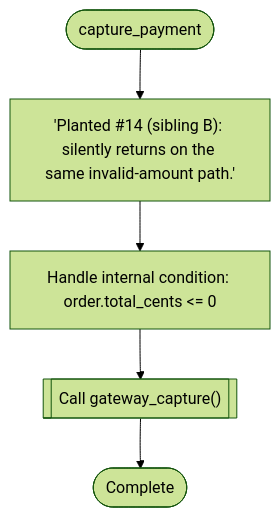
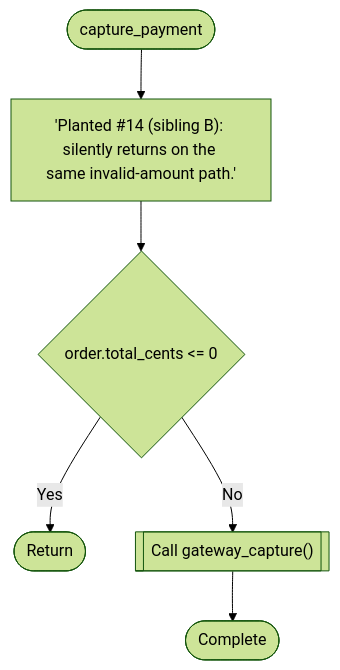
Before and after one commit to ferdinandobons/CodeDebrief: diagram 19 of 32 in logicchart-out/logic-flow.md, drawn with Mermaid (forest theme). The commit also changed other lines of this file and 17 other files, not shown here.

````diff
--- a/logicchart-out/logic-flow.md
+++ b/logicchart-out/logic-flow.md
@@ -396,12 +407,14 @@
 ```mermaid
 flowchart TD
   mflow_3b15514408bbb3ee_n1(["capture_payment"])
   mflow_3b15514408bbb3ee_n2["'Planted #14 (sibling B): silently returns on the same invalid-amount path.'"]
-  mflow_3b15514408bbb3ee_n3["Handle internal condition: order.total_cents <= 0"]
-  mflow_3b15514408bbb3ee_n4[["Call gateway_capture()"]]
-  mflow_3b15514408bbb3ee_n5(["Complete"])
+  mflow_3b15514408bbb3ee_n3{"order.total_cents <= 0"}
+  mflow_3b15514408bbb3ee_n4(["Return"])
+  mflow_3b15514408bbb3ee_n5[["Call gateway_capture()"]]
+  mflow_3b15514408bbb3ee_n6(["Complete"])
   mflow_3b15514408bbb3ee_n1 --> mflow_3b15514408bbb3ee_n2
   mflow_3b15514408bbb3ee_n2 --> mflow_3b15514408bbb3ee_n3
-  mflow_3b15514408bbb3ee_n3 --> mflow_3b15514408bbb3ee_n4
-  mflow_3b15514408bbb3ee_n4 --> mflow_3b15514408bbb3ee_n5
+  mflow_3b15514408bbb3ee_n3 -->|"Yes"| mflow_3b15514408bbb3ee_n4
+  mflow_3b15514408bbb3ee_n3 -->|"No"| mflow_3b15514408bbb3ee_n5
+  mflow_3b15514408bbb3ee_n5 --> mflow_3b15514408bbb3ee_n6
 ```
````
